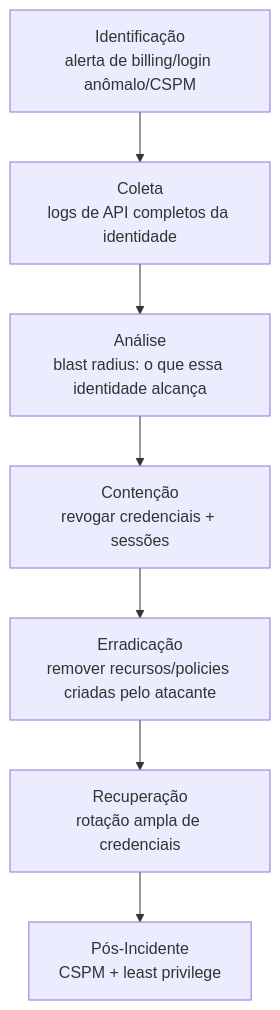
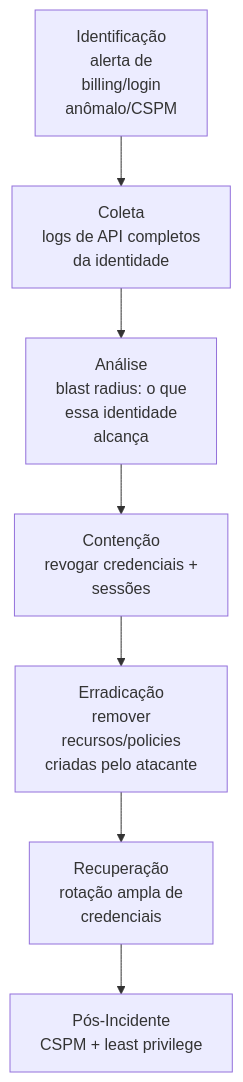
Before and after one commit to LuucasVerdun/Cyber-Attack-Analysis-Framework: the diagram in Attack-Categories/Cloud-Intrusion/README.md, drawn with Mermaid. The commit also changed 28 other files, not shown here.

````diff
--- a/Attack-Categories/Cloud-Intrusion/README.md
+++ b/Attack-Categories/Cloud-Intrusion/README.md
@@ -47,9 +47,9 @@
 ```mermaid
 flowchart TD
-    A[Identificação<br/>alerta de billing/login anômalo/CSPM] --> B[Coleta<br/>logs de API completos da identidade]
-    B --> C[Análise<br/>blast radius: o que essa identidade alcança]
-    C --> D[Contenção<br/>revogar credenciais + sessões]
-    D --> E[Erradicação<br/>remover recursos/policies criadas pelo atacante]
-    E --> F[Recuperação<br/>rotação ampla de credenciais]
+    A[Identificação<br/>alerta de<br/>billing/login<br/>anômalo/CSPM] --> B[Coleta<br/>logs de API completos<br/>da identidade]
+    B --> C[Análise<br/>blast radius: o que<br/>essa identidade<br/>alcança]
+    C --> D[Contenção<br/>revogar credenciais +<br/>sessões]
+    D --> E[Erradicação<br/>remover<br/>recursos/policies<br/>criadas pelo atacante]
+    E --> F[Recuperação<br/>rotação ampla de<br/>credenciais]
     F --> G[Pós-Incidente<br/>CSPM + least privilege]
 ```
````
